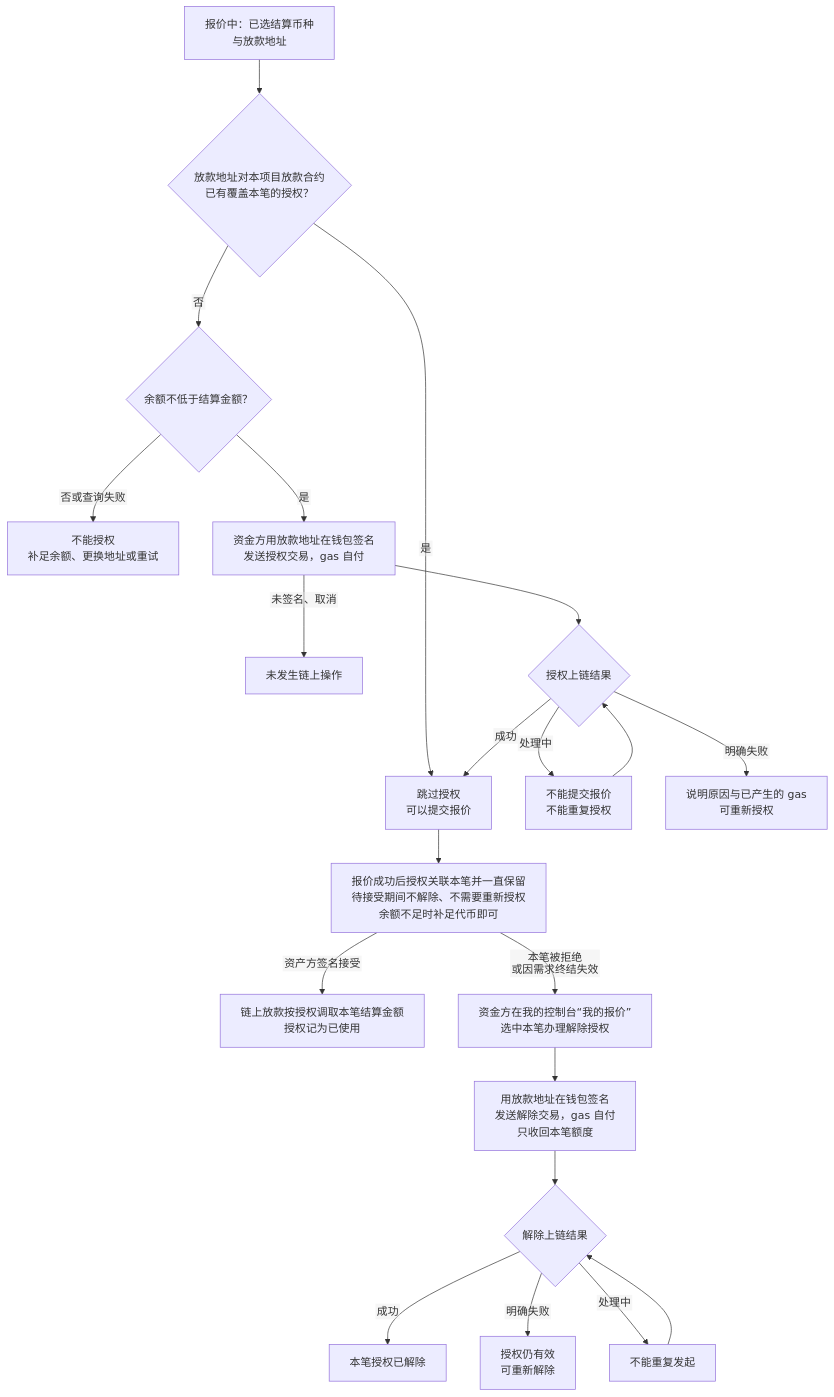
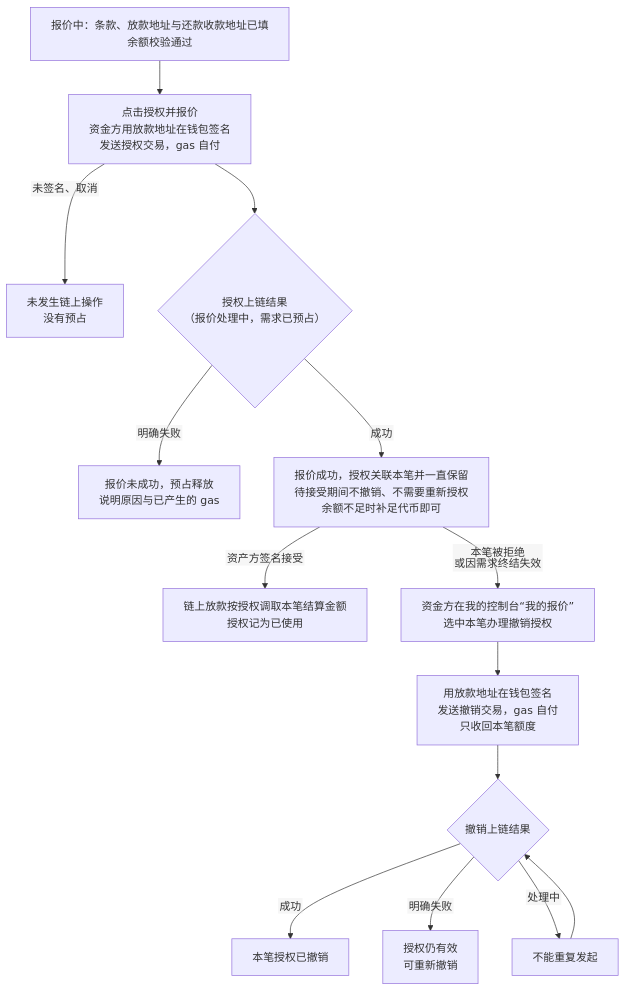
The sixth of 10 diagrams in lending-platform/PRD/面客端/06-借贷广场-授信报价与接受拒绝/02-授信报价与接受拒绝-流程图与状态机.md (wxblockchain/Chain-Financing), drawn with Mermaid before and after one commit. The commit also changed other lines of this file and 5 other files, not shown here.

````diff
--- a/lending-platform/PRD/面客端/06-借贷广场-授信报价与接受拒绝/02-授信报价与接受拒绝-流程图与状态机.md
+++ b/lending-platform/PRD/面客端/06-借贷广场-授信报价与接受拒绝/02-授信报价与接受拒绝-流程图与状态机.md
@@ -168,24 +173,17 @@
 ```mermaid
 %%{init: {"flowchart": {"htmlLabels": false, "wrappingWidth": 400}}}%%
 flowchart TD
-  A["报价中：已选结算币种<br/>与放款地址"] --> B{"放款地址对本项目放款合约<br/>已有覆盖本笔的授权？"}
-  B -->|"是"| P["跳过授权<br/>可以提交报价"]
-  B -->|"否"| C{"余额不低于结算金额？"}
-  C -->|"否或查询失败"| C1["不能授权<br/>补足余额、更换地址或重试"]
-  C -->|"是"| D["资金方用放款地址在钱包签名<br/>发送授权交易，gas 自付"]
-  D -->|"未签名、取消"| D1["未发生链上操作"]
-  D --> E{"授权上链结果"}
-  E -->|"处理中"| E1["不能提交报价<br/>不能重复授权"]
-  E1 --> E
-  E -->|"明确失败"| E2["说明原因与已产生的 gas<br/>可重新授权"]
-  E -->|"成功"| P
-  P --> Q["报价成功后授权关联本笔并一直保留<br/>待接受期间不解除、不需要重新授权<br/>余额不足时补足代币即可"]
+  A["报价中：条款、放款地址与还款收款地址已填<br/>余额校验通过"] --> D["点击授权并报价<br/>资金方用放款地址在钱包签名<br/>发送授权交易，gas 自付"]
+  D -->|"未签名、取消"| D1["未发生链上操作<br/>没有预占"]
+  D --> E{"授权上链结果<br/>（报价处理中，需求已预占）"}
+  E -->|"明确失败"| E2["报价未成功，预占释放<br/>说明原因与已产生的 gas"]
+  E -->|"成功"| Q["报价成功，授权关联本笔并一直保留<br/>待接受期间不撤销、不需要重新授权<br/>余额不足时补足代币即可"]
   Q -->|"资产方签名接受"| U["链上放款按授权调取本笔结算金额<br/>授权记为已使用"]
-  Q -->|"本笔被拒绝<br/>或因需求终结失效"| R["资金方在我的控制台“我的报价”<br/>选中本笔办理解除授权"]
-  R --> S["用放款地址在钱包签名<br/>发送解除交易，gas 自付<br/>只收回本笔额度"]
-  S --> T{"解除上链结果"}
-  T -->|"成功"| T1["本笔授权已解除"]
-  T -->|"明确失败"| T2["授权仍有效<br/>可重新解除"]
+  Q -->|"本笔被拒绝<br/>或因需求终结失效"| R["资金方在我的控制台“我的报价”<br/>选中本笔办理撤销授权"]
+  R --> S["用放款地址在钱包签名<br/>发送撤销交易，gas 自付<br/>只收回本笔额度"]
+  S --> T{"撤销上链结果"}
+  T -->|"成功"| T1["本笔授权已撤销"]
+  T -->|"明确失败"| T2["授权仍有效<br/>可重新撤销"]
   T -->|"处理中"| T3["不能重复发起"]
   T3 --> T
 ```
````
